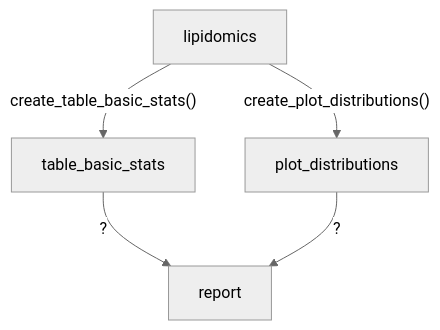
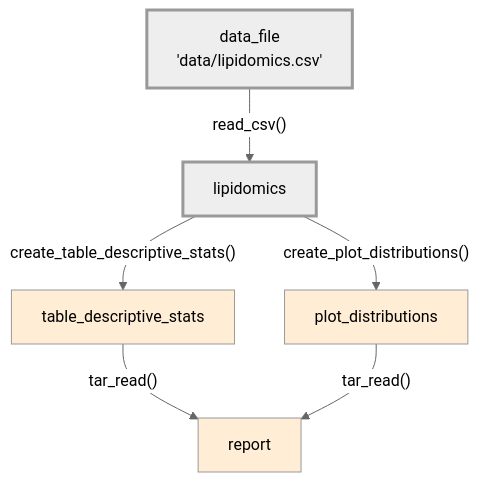
Before and after one commit to rostools/r-cubed-advanced: the first of 2 diagrams in sessions/pipelines-outputs.qmd, drawn with Mermaid (neutral theme). The commit also changed other lines of this file and 6 other files, not shown here.

````diff
--- a/sessions/pipelines-outputs.qmd
+++ b/sessions/pipelines-outputs.qmd
@@ -64,9 +45,14 @@
 ```{mermaid}
-%%| label: fig-functions-outputs
-%%| fig-cap: The actions (as functions) that convert the first two output objects from the data.
-flowchart TB
-    lipidomics -->|"create_table_basic_stats()"| table_basic_stats
-    table_basic_stats -->|?| report
-    lipidomics -->|"create_plot_distributions()"| plot_distributions
-    plot_distributions -->|?| report
+%%| label: fig-first-two-done-pipeline
+%%| fig-cap: Targets in our pipeline that we've done in the last session and those we will do in this session.
+%%| echo: false
+graph TB
+    data_file["data_file<br>'data/lipidomics.csv'"]:::done -->|"read_csv()"| lipidomics:::done
+    lipidomics -->|"create_table_descriptive_stats()"| table_descriptive_stats:::wip
+    lipidomics -->|"create_plot_distributions()"| plot_distributions:::wip
+    table_descriptive_stats -->|"tar_read()"| report:::wip
+    plot_distributions -->|"tar_read()"| report
+
+    classDef done stroke-width:3px
+    classDef wip fill:#ffedd6
 ```
````
